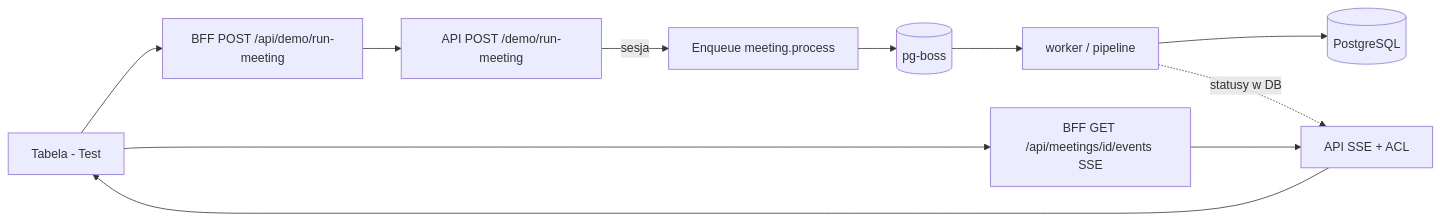
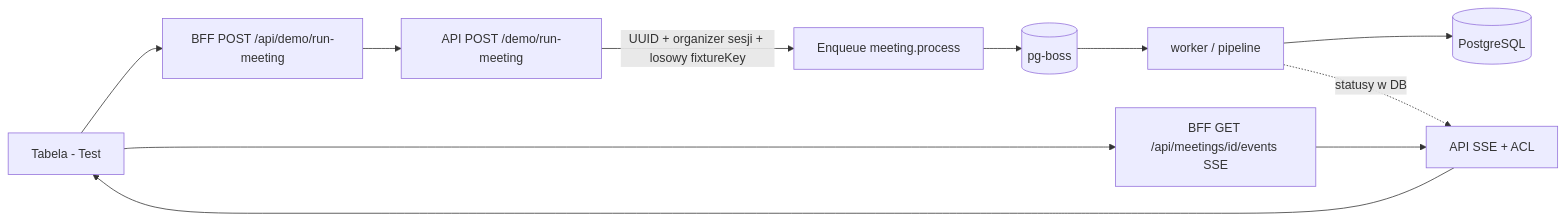
One commit to matej2314/vinseo-recruitment-task changed the second of 7 diagrams in docs/data_flow.md. Above: the diagram before and after it, drawn with Mermaid. The commit also changed other lines of this file and 11 other files, not shown here.

````diff
--- a/docs/data_flow.md
+++ b/docs/data_flow.md
@@ -53,13 +61,13 @@
 ```mermaid
 flowchart LR
   UI[Tabela - Test] --> BFF[BFF POST /api/demo/run-meeting]
   BFF --> API[API POST /demo/run-meeting]
-  API -->|sesja| ENQ[Enqueue meeting.process]
+  API -->|UUID + organizer sesji + losowy fixtureKey| ENQ[Enqueue meeting.process]
   ENQ --> Q[(pg-boss)]
   Q --> W[worker / pipeline]
   W --> DB[(PostgreSQL)]
   UI --> BFFS[BFF GET /api/meetings/id/events SSE]
   BFFS --> APIS[API SSE + ACL]
   APIS --> UI
   W -.->|statusy w DB| APIS
 ```
````
